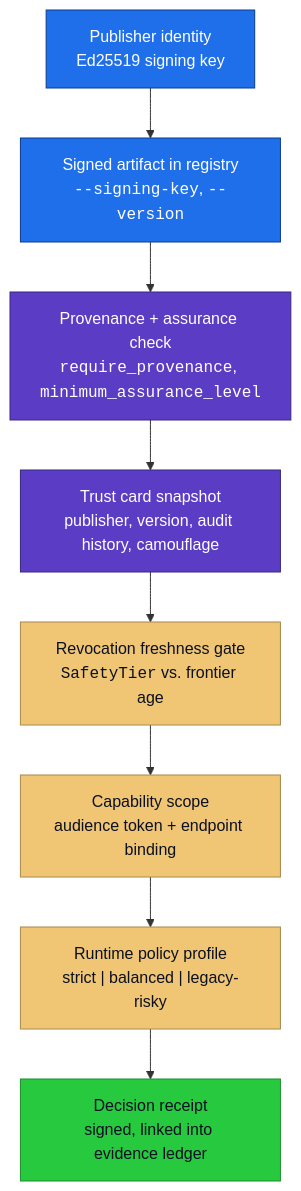
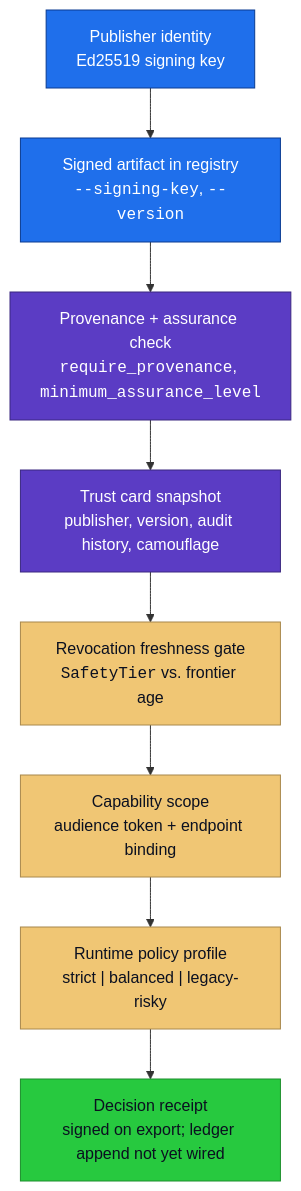
One commit to Dicklesworthstone/franken_node changed the third of 4 diagrams in README.md. Above: the diagram before and after it, drawn with Mermaid. The commit also changed other lines of this file and 1 other file, not shown here.

````diff
--- a/README.md
+++ b/README.md
@@ -1213,19 +1221,19 @@
 ```mermaid
 flowchart TD
     A["Publisher identity<br/>Ed25519 signing key"] --> B["Signed artifact in registry<br/><code>--signing-key</code>, <code>--version</code>"]
     B --> C["Provenance + assurance check<br/><code>require_provenance</code>, <code>minimum_assurance_level</code>"]
     C --> D["Trust card snapshot<br/>publisher, version, audit history, camouflage"]
     D --> E["Revocation freshness gate<br/><code>SafetyTier</code> vs. frontier age"]
     E --> F["Capability scope<br/>audience token + endpoint binding"]
     F --> G["Runtime policy profile<br/>strict | balanced | legacy-risky"]
-    G --> H["Decision receipt<br/>signed, linked into evidence ledger"]
+    G --> H["Decision receipt<br/>signed on export; ledger append not yet wired"]
 
     classDef identity fill:#1f6feb,color:#fff,stroke:#0a3b91;
     classDef storage fill:#5b3cc4,color:#fff,stroke:#3a2780;
     classDef policy fill:#f0c674,color:#0b1020,stroke:#a8884c;
     classDef audit fill:#27c93f,color:#0b1020,stroke:#1d8e2c;
     class A,B identity;
     class C,D storage;
     class E,F,G policy;
     class H audit;
 ```
````
